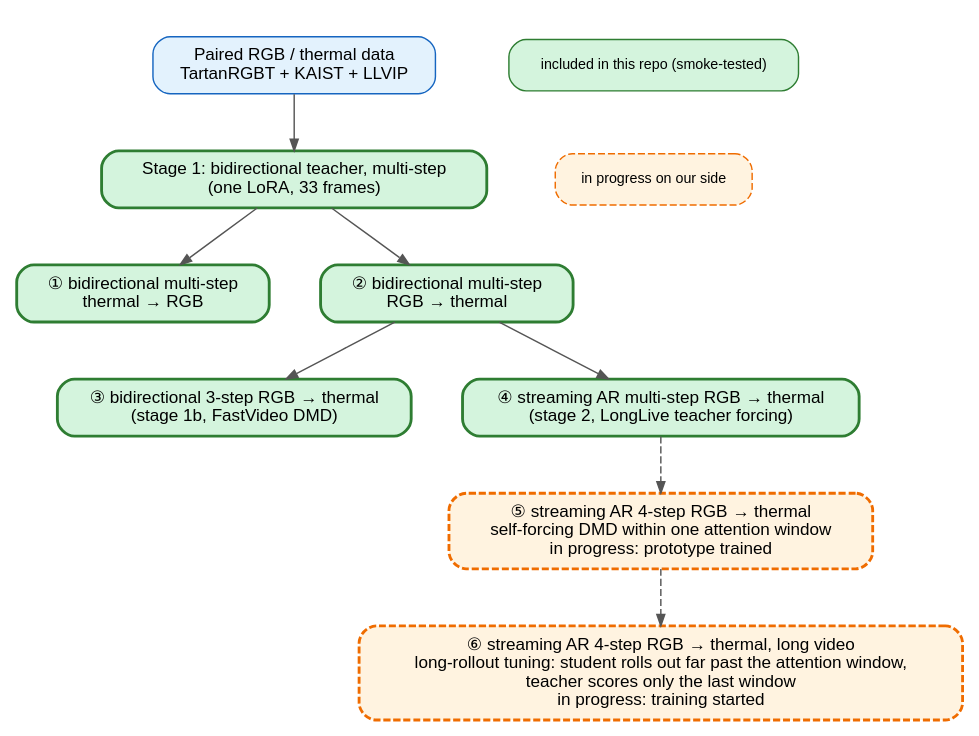
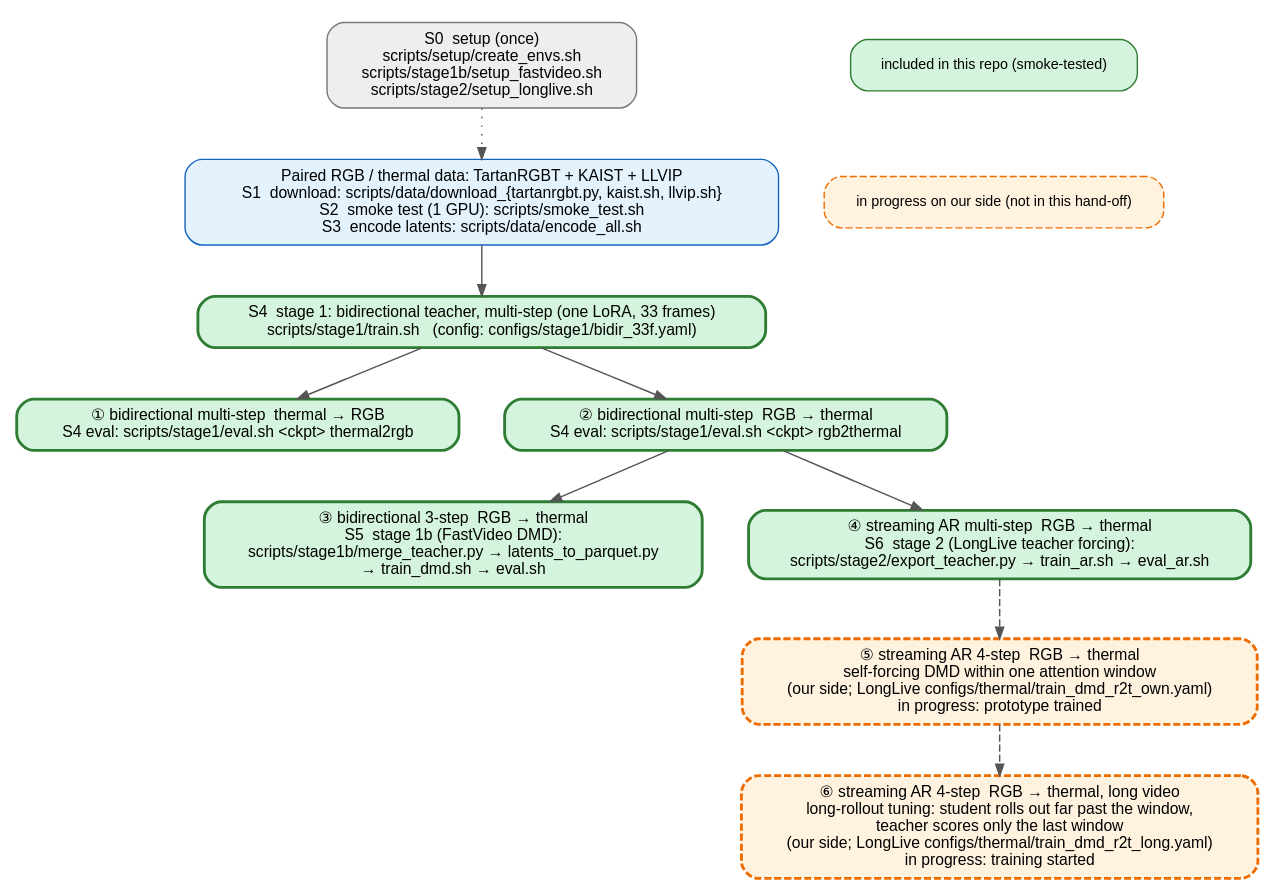
One commit to Greenery-S/thermal_v2v changed the diagram in assets/model_tree.dot. Above: the diagram before and after it, drawn with Graphviz. The commit also changed 3 other files, not shown here.

```diff
--- a/assets/model_tree.dot
+++ b/assets/model_tree.dot
@@ -1,19 +1,20 @@
 digraph G {
-  rankdir=TB; nodesep=0.5; ranksep=0.55; bgcolor="white";
-  node [shape=box, style="rounded,filled", fontname="Helvetica", fontsize=12, margin="0.18,0.10"];
+  rankdir=TB; nodesep=0.45; ranksep=0.5; bgcolor="white";
+  node [shape=box, style="rounded,filled", fontname="Helvetica", fontsize=11, margin="0.16,0.08"];
   edge [color="#555555", arrowsize=0.8];
-  D   [label="Paired RGB / thermal data\nTartanRGBT + KAIST + LLVIP", fillcolor="#e3f2fd", color="#1565c0"];
-  B   [label="Stage 1: bidirectional teacher, multi-step\n(one LoRA, 33 frames)", fillcolor="#d4f4dd", color="#2e7d32", penwidth=2];
-  T2R [label="① bidirectional multi-step\nthermal → RGB", fillcolor="#d4f4dd", color="#2e7d32", penwidth=2];
-  R2T [label="② bidirectional multi-step\nRGB → thermal", fillcolor="#d4f4dd", color="#2e7d32", penwidth=2];
-  FS  [label="③ bidirectional 3-step RGB → thermal\n(stage 1b, FastVideo DMD)", fillcolor="#d4f4dd", color="#2e7d32", penwidth=2];
-  AR  [label="④ streaming AR multi-step RGB → thermal\n(stage 2, LongLive teacher forcing)", fillcolor="#d4f4dd", color="#2e7d32", penwidth=2];
-  SF  [label="⑤ streaming AR 4-step RGB → thermal\nself-forcing DMD within one attention window\nin progress: prototype trained", fillcolor="#fff3e0", color="#ef6c00", style="rounded,filled,dashed", penwidth=2];
-  LR  [label="⑥ streaming AR 4-step RGB → thermal, long video\nlong-rollout tuning: student rolls out far past the attention window,\nteacher scores only the last window\nin progress: training started", fillcolor="#fff3e0", color="#ef6c00", style="rounded,filled,dashed", penwidth=2];
-  D -> B; B -> T2R; B -> R2T; R2T -> FS; R2T -> AR;
+  S0  [label="S0  setup (once)\nscripts/setup/create_envs.sh\nscripts/stage1b/setup_fastvideo.sh\nscripts/stage2/setup_longlive.sh", fillcolor="#eeeeee", color="#777777"];
+  D   [label="Paired RGB / thermal data: TartanRGBT + KAIST + LLVIP\nS1  download: scripts/data/download_{tartanrgbt.py, kaist.sh, llvip.sh}\nS2  smoke test (1 GPU): scripts/smoke_test.sh\nS3  encode latents: scripts/data/encode_all.sh", fillcolor="#e3f2fd", color="#1565c0"];
+  B   [label="S4  stage 1: bidirectional teacher, multi-step (one LoRA, 33 frames)\nscripts/stage1/train.sh   (config: configs/stage1/bidir_33f.yaml)", fillcolor="#d4f4dd", color="#2e7d32", penwidth=2];
+  T2R [label="① bidirectional multi-step  thermal → RGB\nS4 eval: scripts/stage1/eval.sh <ckpt> thermal2rgb", fillcolor="#d4f4dd", color="#2e7d32", penwidth=2];
+  R2T [label="② bidirectional multi-step  RGB → thermal\nS4 eval: scripts/stage1/eval.sh <ckpt> rgb2thermal", fillcolor="#d4f4dd", color="#2e7d32", penwidth=2];
+  FS  [label="③ bidirectional 3-step  RGB → thermal\nS5  stage 1b (FastVideo DMD):\nscripts/stage1b/merge_teacher.py → latents_to_parquet.py\n→ train_dmd.sh → eval.sh", fillcolor="#d4f4dd", color="#2e7d32", penwidth=2];
+  AR  [label="④ streaming AR multi-step  RGB → thermal\nS6  stage 2 (LongLive teacher forcing):\nscripts/stage2/export_teacher.py → train_ar.sh → eval_ar.sh", fillcolor="#d4f4dd", color="#2e7d32", penwidth=2];
+  SF  [label="⑤ streaming AR 4-step  RGB → thermal\nself-forcing DMD within one attention window\n(our side; LongLive configs/thermal/train_dmd_r2t_own.yaml)\nin progress: prototype trained", fillcolor="#fff3e0", color="#ef6c00", style="rounded,filled,dashed", penwidth=2];
+  LR  [label="⑥ streaming AR 4-step  RGB → thermal, long video\nlong-rollout tuning: student rolls out far past the window,\nteacher scores only the last window\n(our side; LongLive configs/thermal/train_dmd_r2t_long.yaml)\nin progress: training started", fillcolor="#fff3e0", color="#ef6c00", style="rounded,filled,dashed", penwidth=2];
+  S0 -> D [style=dotted]; D -> B; B -> T2R; B -> R2T; R2T -> FS; R2T -> AR;
   AR -> SF [style=dashed]; SF -> LR [style=dashed];
   subgraph cluster_legend { label=""; color="white";
     L1 [label="included in this repo (smoke-tested)", fillcolor="#d4f4dd", color="#2e7d32", fontsize=10];
-    L2 [label="in progress on our side", fillcolor="#fff3e0", color="#ef6c00", style="rounded,filled,dashed", fontsize=10];
+    L2 [label="in progress on our side (not in this hand-off)", fillcolor="#fff3e0", color="#ef6c00", style="rounded,filled,dashed", fontsize=10];
     L1 -> L2 [style=invis]; }
 }
```
